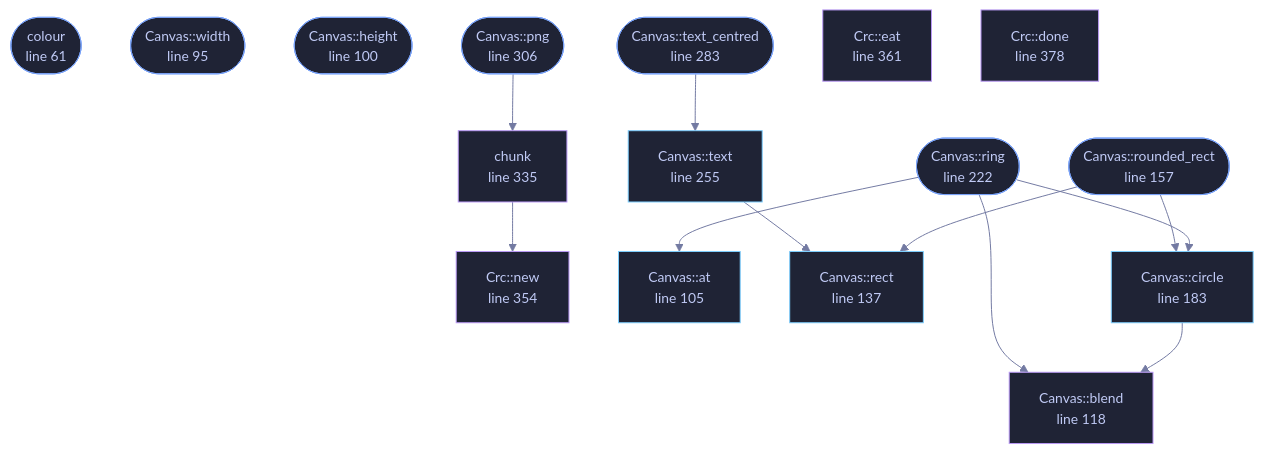
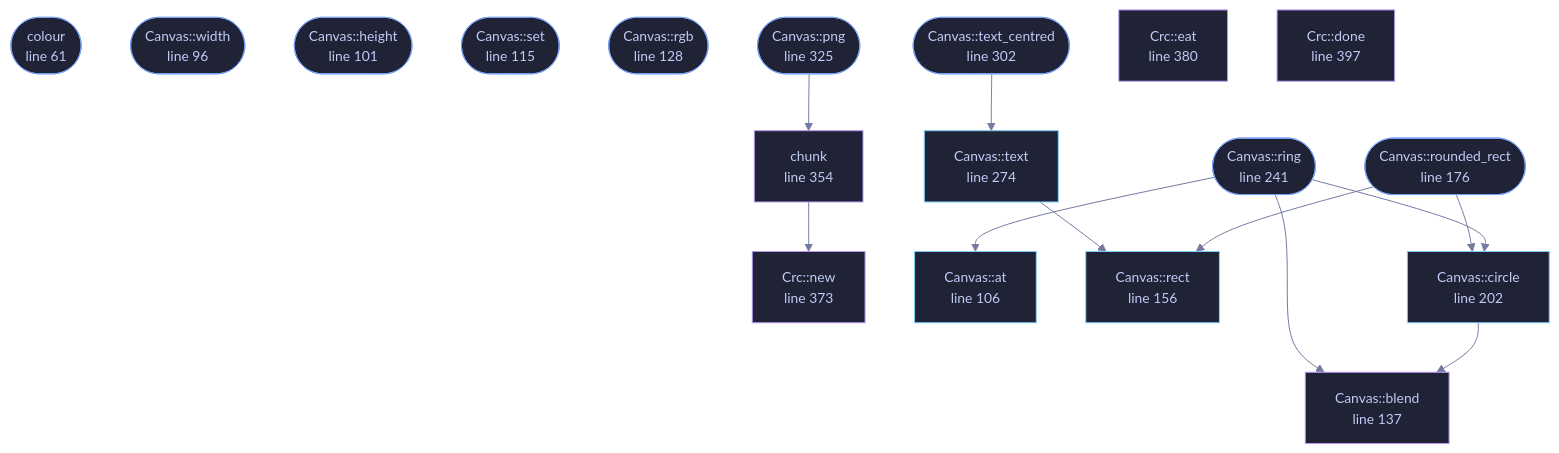
One commit to tilas01/veilvoice changed the diagram in docs/files/veilvoice-video/raster.md. Above: the diagram before and after it, drawn with Mermaid. The commit also changed other lines of this file and 51 other files, not shown here.

````diff
--- a/docs/files/veilvoice-video/raster.md
+++ b/docs/files/veilvoice-video/raster.md
@@ -113,54 +115,58 @@
 ```mermaid
 %%{init: {"theme":"base","themeVariables":{"background":"#1a1b26","primaryColor":"#1f2335","primaryTextColor":"#c0caf5","primaryBorderColor":"#7aa2f7","secondaryColor":"#16161e","tertiaryColor":"#16161e","lineColor":"#737aa2","textColor":"#c0caf5","mainBkg":"#1f2335","nodeBorder":"#7aa2f7","clusterBkg":"#16161e","clusterBorder":"#2f3549","fontFamily":"ui-monospace, SFMono-Regular, Consolas, monospace","fontSize":"14px"}}}%%
 flowchart TD
     n_colour(["colour<br/>line 61"])
-    n_new["Canvas::new<br/>line 82"]
-    n_width(["Canvas::width<br/>line 95"])
-    n_height(["Canvas::height<br/>line 100"])
-    n_at["Canvas::at<br/>line 105"]
-    n_blend["Canvas::blend<br/>line 118"]
-    n_rect["Canvas::rect<br/>line 137"]
-    n_rounded_rect(["Canvas::rounded_rect<br/>line 157"])
-    n_circle["Canvas::circle<br/>line 183"]
-    n_ring(["Canvas::ring<br/>line 222"])
-    n_text["Canvas::text<br/>line 255"]
-    n_text_centred(["Canvas::text_centred<br/>line 283"])
-    n_png(["Canvas::png<br/>line 306"])
-    n_chunk["chunk<br/>line 335"]
-    n_new["Crc::new<br/>line 354"]
-    n_eat["Crc::eat<br/>line 361"]
-    n_done["Crc::done<br/>line 378"]
+    n_new["Canvas::new<br/>line 83"]
+    n_width(["Canvas::width<br/>line 96"])
+    n_height(["Canvas::height<br/>line 101"])
+    n_at["Canvas::at<br/>line 106"]
+    n_set(["Canvas::set<br/>line 115"])
+    n_rgb(["Canvas::rgb<br/>line 128"])
+    n_blend["Canvas::blend<br/>line 137"]
+    n_rect["Canvas::rect<br/>line 156"]
+    n_rounded_rect(["Canvas::rounded_rect<br/>line 176"])
+    n_circle["Canvas::circle<br/>line 202"]
+    n_ring(["Canvas::ring<br/>line 241"])
+    n_text["Canvas::text<br/>line 274"]
+    n_text_centred(["Canvas::text_centred<br/>line 302"])
+    n_png(["Canvas::png<br/>line 325"])
+    n_chunk["chunk<br/>line 354"]
+    n_new["Crc::new<br/>line 373"]
+    n_eat["Crc::eat<br/>line 380"]
+    n_done["Crc::done<br/>line 397"]
     n_chunk --> n_new
     n_circle --> n_blend
     n_png --> n_chunk
     n_ring --> n_at
     n_ring --> n_blend
     n_ring --> n_circle
     n_rounded_rect --> n_circle
     n_rounded_rect --> n_rect
     n_text --> n_rect
     n_text_centred --> n_text
     click n_colour href "https://github.com/tilas01/veilvoice/blob/main/crates/veilvoice-video/src/raster.rs#L61" "open the source"
-    click n_new href "https://github.com/tilas01/veilvoice/blob/main/crates/veilvoice-video/src/raster.rs#L82" "open the source"
-    click n_width href "https://github.com/tilas01/veilvoice/blob/main/crates/veilvoice-video/src/raster.rs#L95" "open the source"
-    click n_height href "https://github.com/tilas01/veilvoice/blob/main/crates/veilvoice-video/src/raster.rs#L100" "open the source"
-    click n_at href "https://github.com/tilas01/veilvoice/blob/main/crates/veilvoice-video/src/raster.rs#L105" "open the source"
-    click n_blend href "https://github.com/tilas01/veilvoice/blob/main/crates/veilvoice-video/src/raster.rs#L118" "open the source"
-    click n_rect href "https://github.com/tilas01/veilvoice/blob/main/crates/veilvoice-video/src/raster.rs#L137" "open the source"
-    click n_rounded_rect href "https://github.com/tilas01/veilvoice/blob/main/crates/veilvoice-video/src/raster.rs#L157" "open the source"
-    click n_circle href "https://github.com/tilas01/veilvoice/blob/main/crates/veilvoice-video/src/raster.rs#L183" "open the source"
-    click n_ring href "https://github.com/tilas01/veilvoice/blob/main/crates/veilvoice-video/src/raster.rs#L222" "open the source"
-    click n_text href "https://github.com/tilas01/veilvoice/blob/main/crates/veilvoice-video/src/raster.rs#L255" "open the source"
-    click n_text_centred href "https://github.com/tilas01/veilvoice/blob/main/crates/veilvoice-video/src/raster.rs#L283" "open the source"
-    click n_png href "https://github.com/tilas01/veilvoice/blob/main/crates/veilvoice-video/src/raster.rs#L306" "open the source"
-    click n_chunk href "https://github.com/tilas01/veilvoice/blob/main/crates/veilvoice-video/src/raster.rs#L335" "open the source"
-    click n_new href "https://github.com/tilas01/veilvoice/blob/main/crates/veilvoice-video/src/raster.rs#L354" "open the source"
-    click n_eat href "https://github.com/tilas01/veilvoice/blob/main/crates/veilvoice-video/src/raster.rs#L361" "open the source"
-    click n_done href "https://github.com/tilas01/veilvoice/blob/main/crates/veilvoice-video/src/raster.rs#L378" "open the source"
+    click n_new href "https://github.com/tilas01/veilvoice/blob/main/crates/veilvoice-video/src/raster.rs#L83" "open the source"
+    click n_width href "https://github.com/tilas01/veilvoice/blob/main/crates/veilvoice-video/src/raster.rs#L96" "open the source"
+    click n_height href "https://github.com/tilas01/veilvoice/blob/main/crates/veilvoice-video/src/raster.rs#L101" "open the source"
+    click n_at href "https://github.com/tilas01/veilvoice/blob/main/crates/veilvoice-video/src/raster.rs#L106" "open the source"
+    click n_set href "https://github.com/tilas01/veilvoice/blob/main/crates/veilvoice-video/src/raster.rs#L115" "open the source"
+    click n_rgb href "https://github.com/tilas01/veilvoice/blob/main/crates/veilvoice-video/src/raster.rs#L128" "open the source"
+    click n_blend href "https://github.com/tilas01/veilvoice/blob/main/crates/veilvoice-video/src/raster.rs#L137" "open the source"
+    click n_rect href "https://github.com/tilas01/veilvoice/blob/main/crates/veilvoice-video/src/raster.rs#L156" "open the source"
+    click n_rounded_rect href "https://github.com/tilas01/veilvoice/blob/main/crates/veilvoice-video/src/raster.rs#L176" "open the source"
+    click n_circle href "https://github.com/tilas01/veilvoice/blob/main/crates/veilvoice-video/src/raster.rs#L202" "open the source"
+    click n_ring href "https://github.com/tilas01/veilvoice/blob/main/crates/veilvoice-video/src/raster.rs#L241" "open the source"
+    click n_text href "https://github.com/tilas01/veilvoice/blob/main/crates/veilvoice-video/src/raster.rs#L274" "open the source"
+    click n_text_centred href "https://github.com/tilas01/veilvoice/blob/main/crates/veilvoice-video/src/raster.rs#L302" "open the source"
+    click n_png href "https://github.com/tilas01/veilvoice/blob/main/crates/veilvoice-video/src/raster.rs#L325" "open the source"
+    click n_chunk href "https://github.com/tilas01/veilvoice/blob/main/crates/veilvoice-video/src/raster.rs#L354" "open the source"
+    click n_new href "https://github.com/tilas01/veilvoice/blob/main/crates/veilvoice-video/src/raster.rs#L373" "open the source"
+    click n_eat href "https://github.com/tilas01/veilvoice/blob/main/crates/veilvoice-video/src/raster.rs#L380" "open the source"
+    click n_done href "https://github.com/tilas01/veilvoice/blob/main/crates/veilvoice-video/src/raster.rs#L397" "open the source"
     classDef entry fill:#1f2335,stroke:#7aa2f7,color:#c0caf5
-    class n_colour,n_width,n_height,n_rounded_rect,n_ring,n_text_centred,n_png entry
+    class n_colour,n_width,n_height,n_set,n_rgb,n_rounded_rect,n_ring,n_text_centred,n_png entry
     classDef api fill:#1f2335,stroke:#7dcfff,color:#c0caf5
     class n_new,n_at,n_rect,n_circle,n_text api
     classDef helper fill:#1f2335,stroke:#bb9af7,color:#c0caf5
     class n_blend,n_chunk,n_new,n_eat,n_done helper
 ```
````
